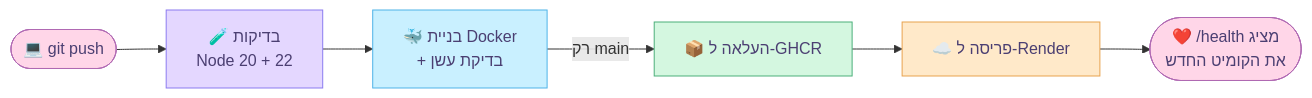
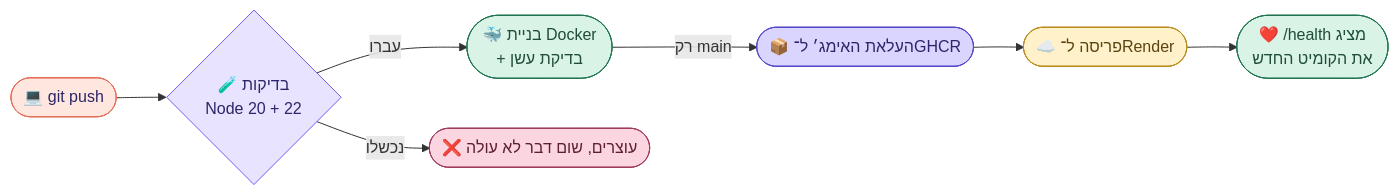
Before and after one commit to NoyaAdivi/evenly: the diagram in README.he.md, drawn with Mermaid. The commit also changed other lines of this file and 19 other files, not shown here.

````diff
--- a/README.he.md
+++ b/README.he.md
@@ -43,14 +82,16 @@
 ```mermaid
 flowchart LR
-    A([💻 git push]) --> B[🧪 בדיקות<br/>Node 20 + 22]
-    B --> C[🐳 בניית Docker<br/>+ בדיקת עשן]
-    C -->|רק main| D[📦 העלאה ל-GHCR]
-    D --> E[☁️ פריסה ל-Render]
-    E --> F([❤️ /health מציג<br/>את הקומיט החדש])
-    style A fill:#FFD6E8,stroke:#B06AB3,color:#4B3F72
-    style B fill:#E4D7FF,stroke:#8B7BF0,color:#4B3F72
-    style C fill:#C9F0FF,stroke:#4FB3E8,color:#4B3F72
-    style D fill:#D4F7E0,stroke:#4CAF7A,color:#4B3F72
-    style E fill:#FFE9C9,stroke:#E8A34F,color:#4B3F72
-    style F fill:#FFD6E8,stroke:#B06AB3,color:#4B3F72
+  A([💻 git push]) --> B{🧪 בדיקות<br/>Node 20 + 22}
+  B -->|עברו| C([🐳 בניית Docker<br/>+ בדיקת עשן])
+  B -->|נכשלו| X([❌ עוצרים, שום דבר לא עולה])
+  C -->|רק main| D([📦 העלאת האימג׳ ל־GHCR])
+  D --> E([☁️ פריסה ל־Render])
+  E --> F([❤️ /health מציג<br/>את הקומיט החדש])
+  style A fill:#FFE6DE,stroke:#E36E57,color:#2C2668
+  style B fill:#E8E4FF,stroke:#6F60F0,color:#2C2668
+  style C fill:#D9F3E7,stroke:#1F7350,color:#1F4D38
+  style X fill:#FBD5E0,stroke:#A03A5C,color:#5C1F33
+  style D fill:#DAD5FF,stroke:#5548C8,color:#2C2668
+  style E fill:#FFF1C9,stroke:#B98A1E,color:#5C4410
+  style F fill:#D9F3E7,stroke:#1F7350,color:#1F4D38
 ```
````
